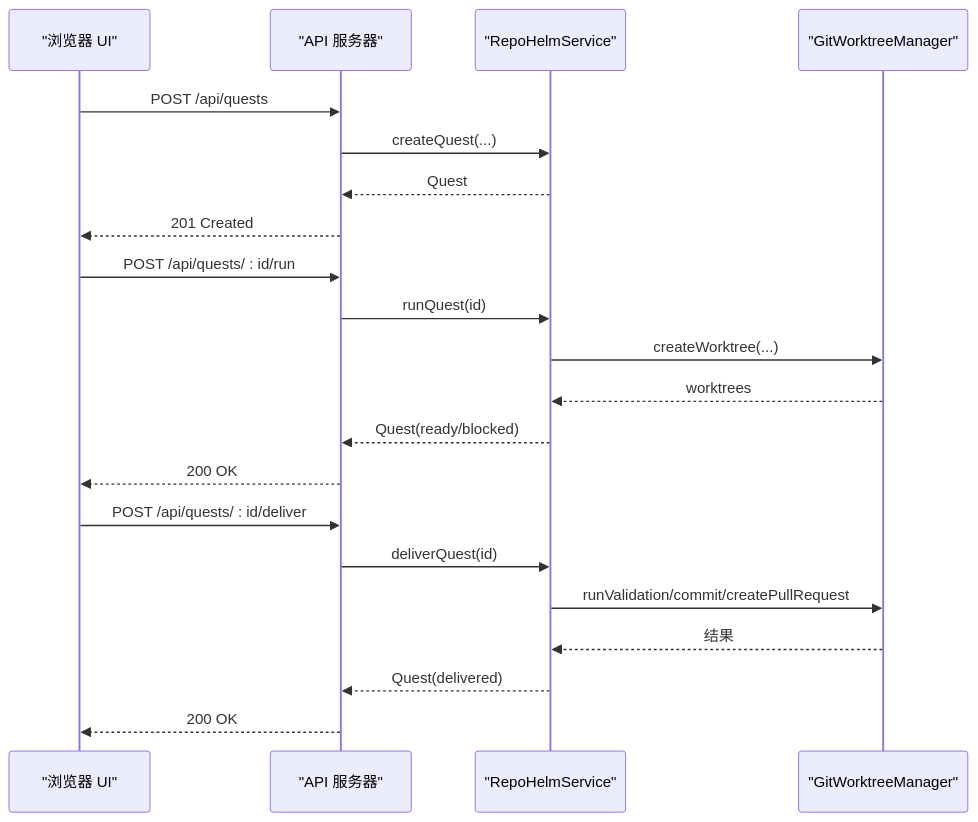
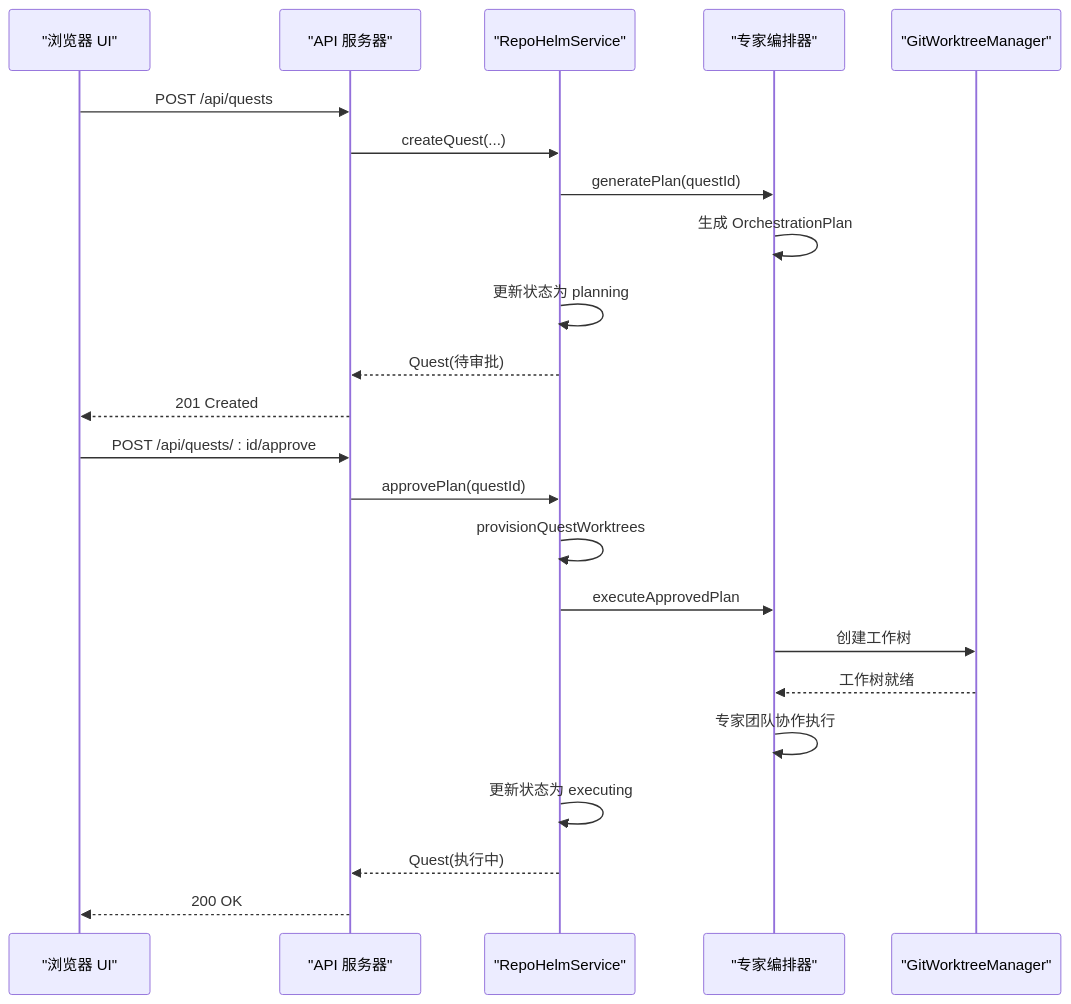
The seventh of 8 diagrams in .qoder/repowiki/zh/content/核心服务模块/任务编排流程.md (coconilu/RepoHelm), drawn with Mermaid before and after one commit. The commit also changed other lines of this file and 14 other files, not shown here.

````diff
--- a/.qoder/repowiki/zh/content/核心服务模块/任务编排流程.md
+++ b/.qoder/repowiki/zh/content/核心服务模块/任务编排流程.md
@@ -305,23 +358,25 @@
 ```mermaid
 sequenceDiagram
 participant UI as "浏览器 UI"
 participant API as "API 服务器"
-participant Svc as "RepoHelmService"
+participant Service as "RepoHelmService"
+participant Orchestrator as "专家编排器"
 participant Git as "GitWorktreeManager"
 UI->>API : POST /api/quests
-API->>Svc : createQuest(...)
-Svc-->>API : Quest
+API->>Service : createQuest(...)
+Service->>Orchestrator : generatePlan(questId)
+Orchestrator->>Orchestrator : 生成 OrchestrationPlan
+Service->>Service : 更新状态为 planning
+Service-->>API : Quest(待审批)
 API-->>UI : 201 Created
-UI->>API : POST /api/quests/ : id/run
-API->>Svc : runQuest(id)
-Svc->>Git : createWorktree(...)
-Git-->>Svc : worktrees
-Svc-->>API : Quest(ready/blocked)
-API-->>UI : 200 OK
-UI->>API : POST /api/quests/ : id/deliver
-API->>Svc : deliverQuest(id)
-Svc->>Git : runValidation/commit/createPullRequest
-Git-->>Svc : 结果
-Svc-->>API : Quest(delivered)
+UI->>API : POST /api/quests/ : id/approve
+API->>Service : approvePlan(questId)
+Service->>Service : provisionQuestWorktrees
+Service->>Orchestrator : executeApprovedPlan
+Orchestrator->>Git : 创建工作树
+Git-->>Orchestrator : 工作树就绪
+Orchestrator->>Orchestrator : 专家团队协作执行
+Service->>Service : 更新状态为 executing
+Service-->>API : Quest(执行中)
 API-->>UI : 200 OK
 ```
````
